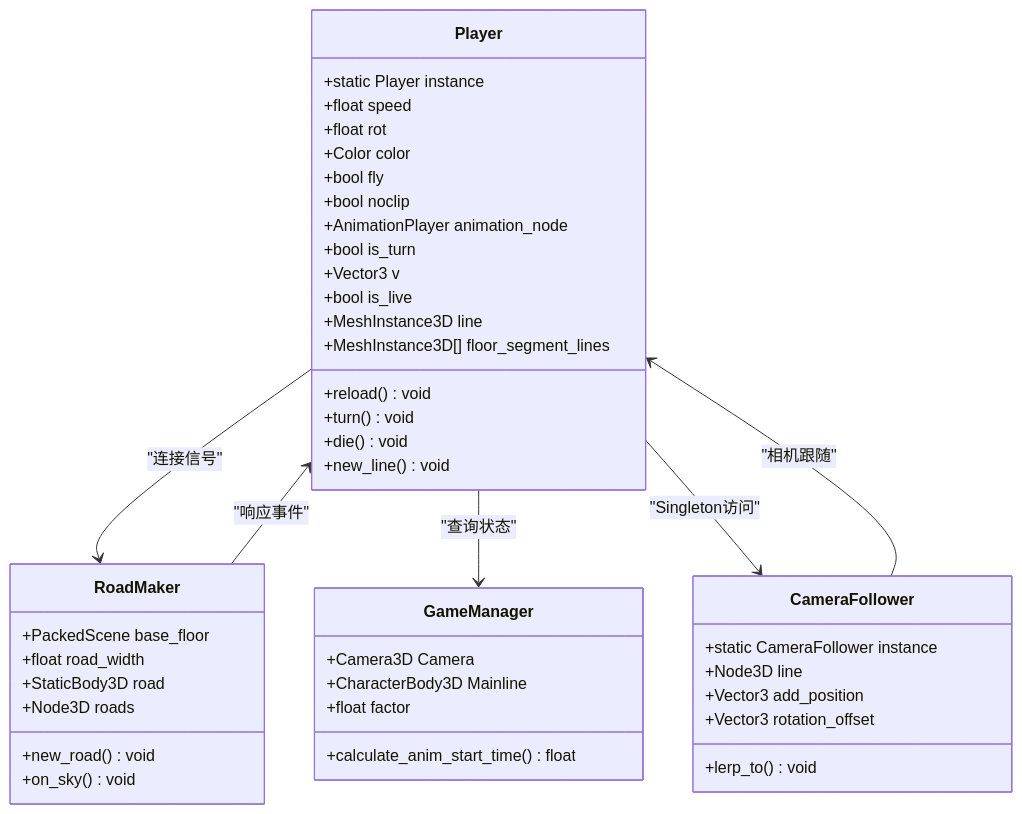
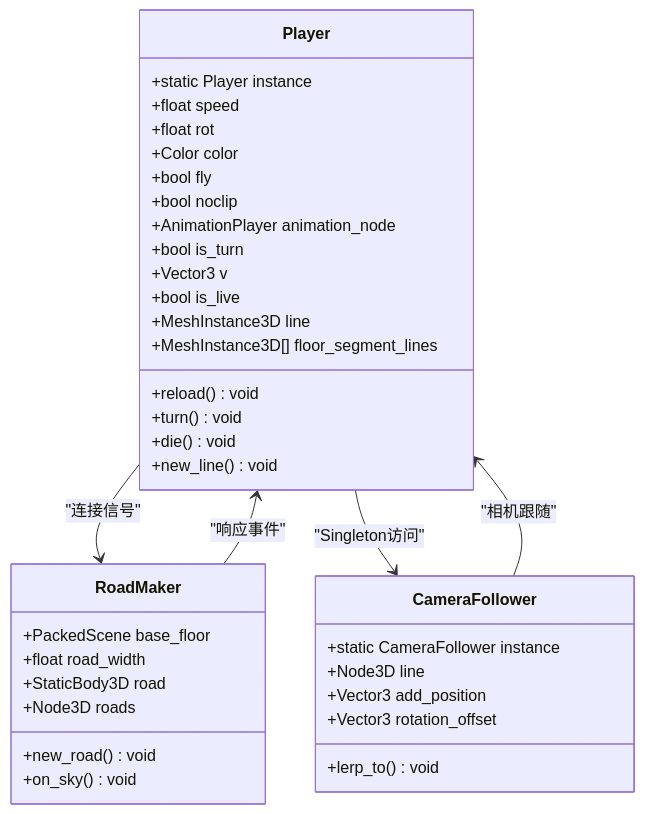
The third of 13 diagrams in .qoder/repowiki/zh/content/Mainline Script.md (godotline/godot-line), drawn with Mermaid before and after one commit. The commit also changed other lines of this file and 13 other files, not shown here.

````diff
--- a/.qoder/repowiki/zh/content/Mainline Script.md
+++ b/.qoder/repowiki/zh/content/Mainline Script.md
@@ -169,47 +164,40 @@
 ```mermaid
 classDiagram
 class Player {
 +static Player instance
 +float speed
 +float rot
 +Color color
 +bool fly
 +bool noclip
 +AnimationPlayer animation_node
 +bool is_turn
 +Vector3 v
 +bool is_live
 +MeshInstance3D line
 +MeshInstance3D[] floor_segment_lines
 +reload() void
 +turn() void
 +die() void
 +new_line() void
 }
 class RoadMaker {
 +PackedScene base_floor
 +float road_width
 +StaticBody3D road
 +Node3D roads
 +new_road() void
 +on_sky() void
 }
-class GameManager {
-+Camera3D Camera
-+CharacterBody3D Mainline
-+float factor
-+calculate_anim_start_time() float
-}
 class CameraFollower {
 +static CameraFollower instance
 +Node3D line
 +Vector3 add_position
 +Vector3 rotation_offset
 +lerp_to() void
 }
 Player --> RoadMaker : "连接信号"
-Player --> GameManager : "查询状态"
 Player --> CameraFollower : "Singleton访问"
 RoadMaker --> Player : "响应事件"
 CameraFollower --> Player : "相机跟随"
 ```
````
